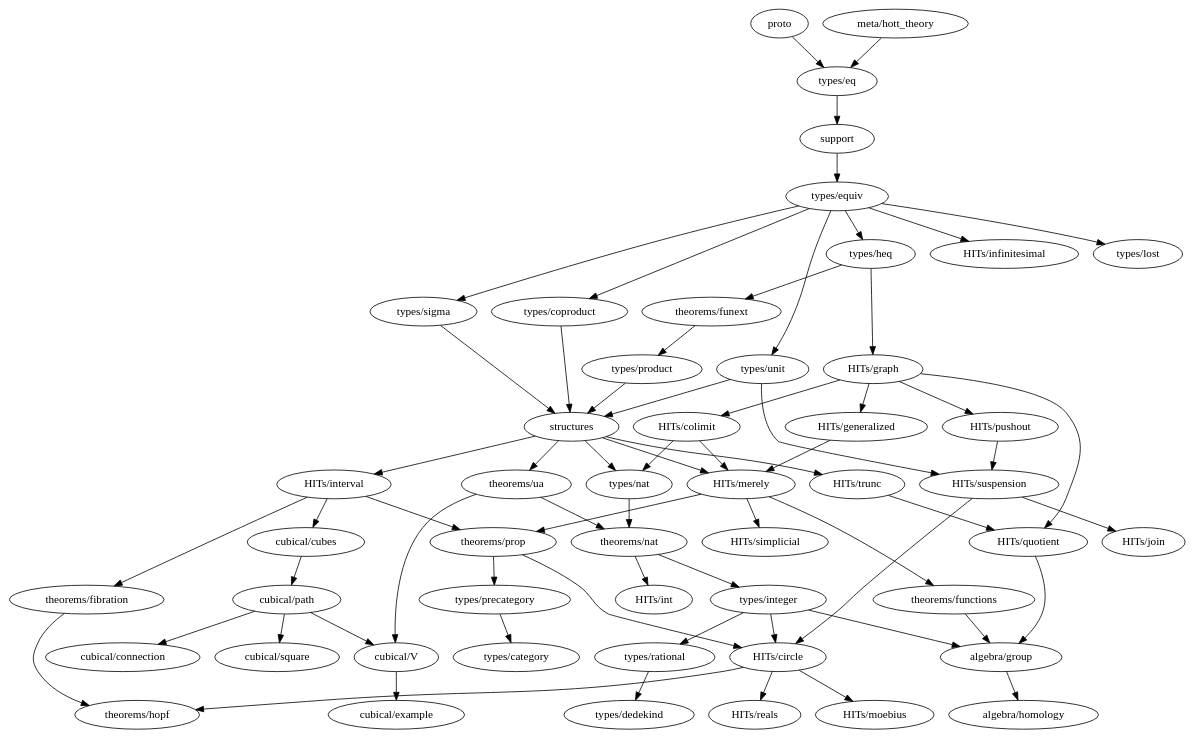
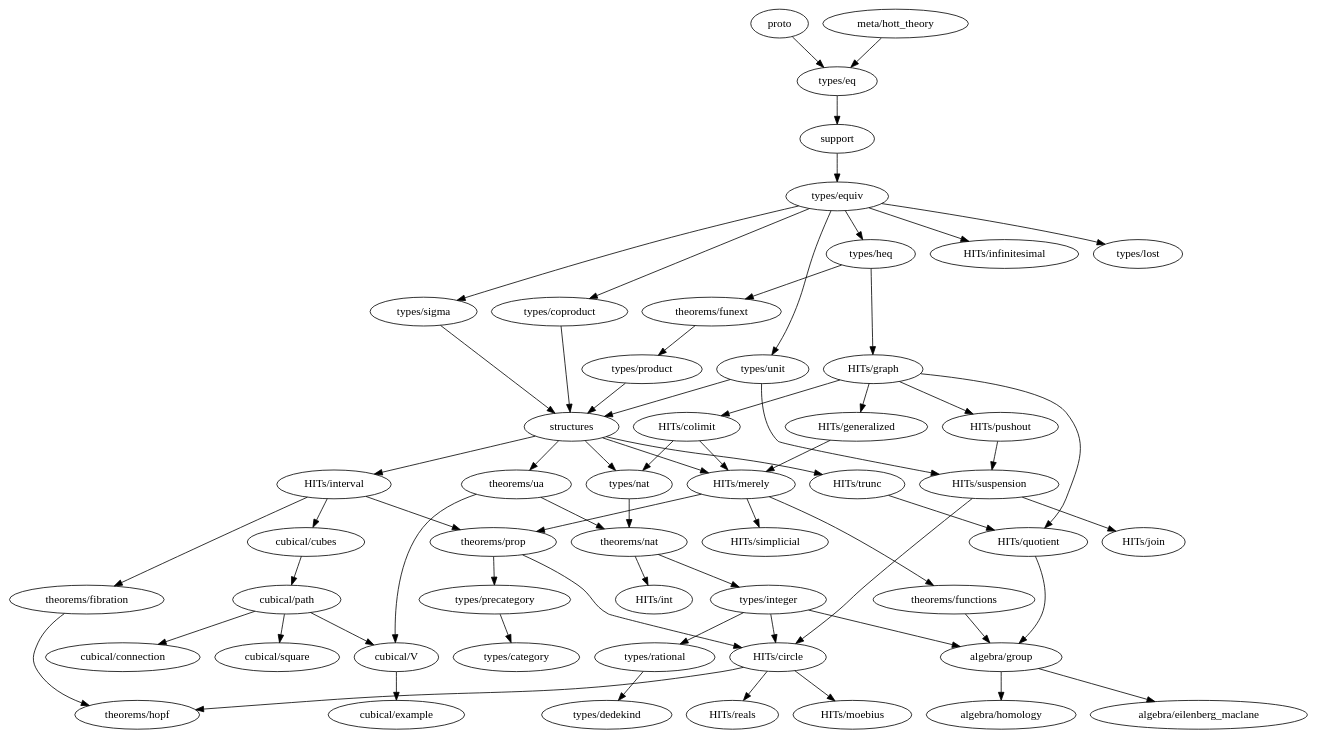
Before and after one commit to forked-from-1kasper/ground_zero: the diagram in dependency_map.gv, drawn with Graphviz. The commit also changed 2 other files, not shown here.

```diff
--- a/dependency_map.gv
+++ b/dependency_map.gv
@@ -1,103 +1,104 @@
 digraph dependency_map {
   proto -> "types/eq"
   "meta/hott_theory" -> "types/eq"
   support -> "types/equiv"
   structures -> {
     "HITs/interval",
     "HITs/merely",
     "HITs/trunc",
     "types/nat",
     "theorems/ua"
   }
 
   subgraph algebra {
-    "algebra/group" -> { "algebra/homology" }
+    "algebra/eilenberg_maclane"
+    "algebra/group" -> { "algebra/homology", "algebra/eilenberg_maclane" }
     "algebra/homology"
   }
 
   subgraph types {
     "types/category"
     "types/coproduct" -> { structures }
     "types/dedekind"
     "types/eq" -> { support }
     "types/equiv" -> {
       "types/heq",
       "HITs/infinitesimal",
       "types/coproduct",
       "types/lost",
       "types/unit",
       "types/sigma"
     }
     "types/heq" -> {
       "HITs/graph", "theorems/funext"
     }
     "types/integer" -> {
       "algebra/group",
       "HITs/circle",
       "types/rational"
     }
     "types/lost"
     "types/nat" -> { "theorems/nat" }
     "types/precategory" -> { "types/category" }
     "types/product" -> { structures }
     "types/rational" -> { "types/dedekind" }
     "types/sigma" -> { structures }
     "types/unit" -> { structures, "HITs/suspension" }
   }
 
   subgraph HITs {
     "HITs/circle" -> { "theorems/hopf", "HITs/moebius", "HITs/reals" }
     "HITs/colimit" -> { "HITs/merely", "types/nat" }
     "HITs/generalized" -> "HITs/merely"
     "HITs/graph" -> {
       "HITs/colimit",
       "HITs/generalized",
       "HITs/pushout",
       "HITs/quotient"
     }
     "HITs/infinitesimal"
     "HITs/interval" -> {
       "cubical/cubes",
       "theorems/prop",
       "theorems/fibration"
     }
     "HITs/join"
     "HITs/merely" -> {
       "theorems/prop",
       "HITs/simplicial",
       "theorems/functions"
     }
     "HITs/moebius"
     "HITs/pushout" -> {
       "HITs/suspension"
     }
     "HITs/quotient" -> { "algebra/group" }
     "HITs/reals"
     "HITs/simplicial"
     "HITs/suspension" -> { "HITs/circle", "HITs/join" }
     "HITs/trunc" -> { "HITs/quotient" }
   }
 
   subgraph cubical {
     "cubical/connection"
     "cubical/cubes" -> "cubical/path"
     "cubical/example"
     "cubical/path" -> {
       "cubical/square",
       "cubical/V",
       "cubical/connection"
     }
     "cubical/square"
     "cubical/V" -> { "cubical/example" }
   }
 
   subgraph theorems {
     "theorems/fibration" -> { "theorems/hopf" }
     "theorems/functions" -> { "algebra/group" }
     "theorems/funext" -> { "types/product" }
     "theorems/hopf"
     "theorems/nat" -> { "HITs/int", "types/integer" }
     "theorems/prop" -> { "HITs/circle", "types/precategory" }
     "theorems/ua" -> { "theorems/nat", "cubical/V" }
   }
 }
```
